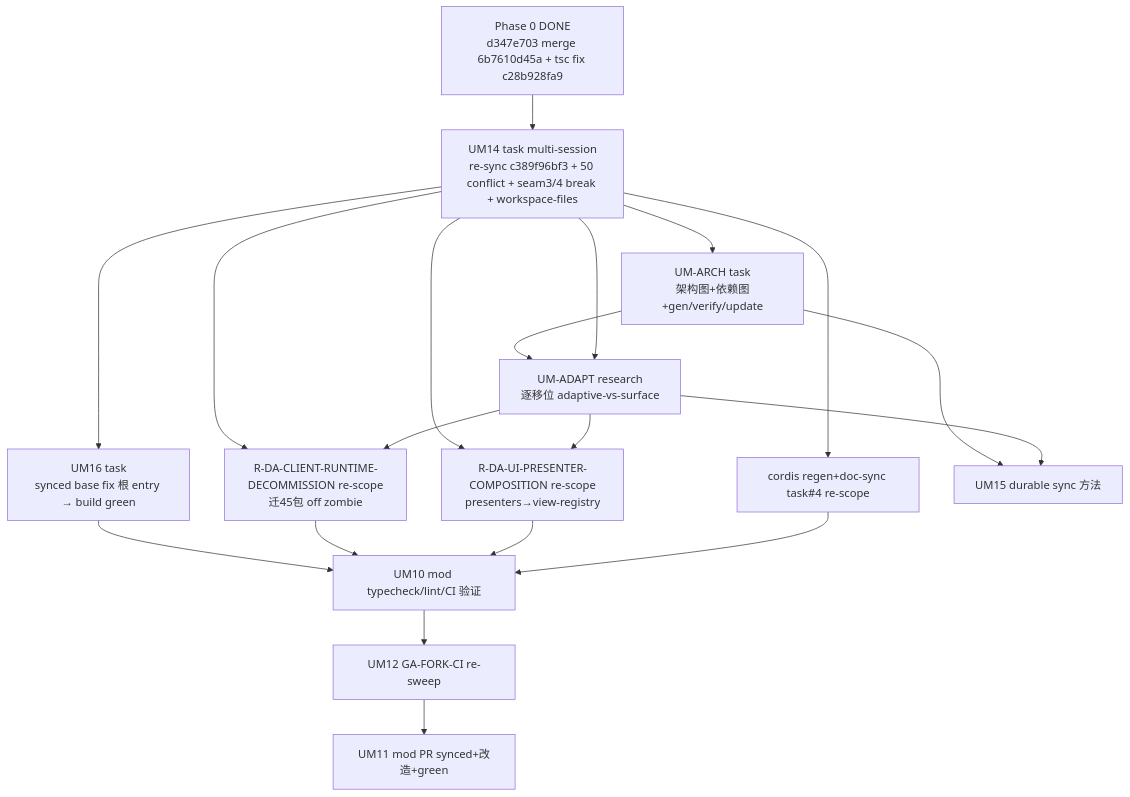
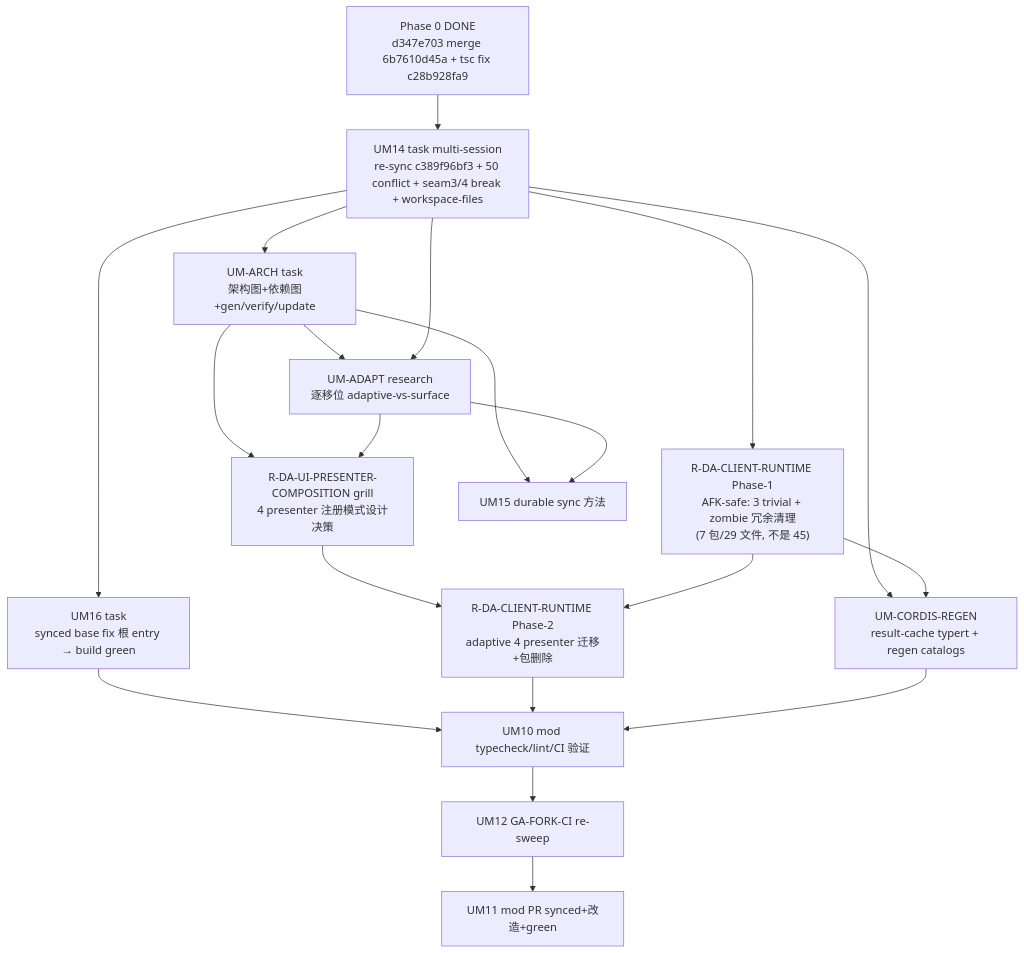
The first of 3 diagrams in wayfinder/data-agent/tickets/phase-upstream-merge/UM-flow-2026-09-08.md (McKenzieIT/deepseek-harness-da), drawn with Mermaid before and after one commit. The commit also changed other lines of this file and 4 other files, not shown here.

````diff
--- a/wayfinder/data-agent/tickets/phase-upstream-merge/UM-flow-2026-09-08.md
+++ b/wayfinder/data-agent/tickets/phase-upstream-merge/UM-flow-2026-09-08.md
@@ -17,30 +17,33 @@
 ```mermaid
 flowchart TB
     P0["Phase 0 DONE<br/>d347e703 merge 6b7610d45a + tsc fix c28b928fa9"]
     UM14["UM14 task multi-session<br/>re-sync c389f96bf3 + 50 conflict + seam3/4 break + workspace-files"]
     UM16["UM16 task<br/>synced base fix 根 entry → build green"]
     UMARCH["UM-ARCH task<br/>架构图+依赖图+gen/verify/update"]
     UMADAPT["UM-ADAPT research<br/>逐移位 adaptive-vs-surface"]
-    RDA1["R-DA-CLIENT-RUNTIME-DECOMMISSION re-scope<br/>迁45包 off zombie"]
-    RDA2["R-DA-UI-PRESENTER-COMPOSITION re-scope<br/>presenters→view-registry"]
-    CORDIS["cordis regen+doc-sync task#4 re-scope"]
+    RDA1P1["R-DA-CLIENT-RUNTIME Phase-1<br/>AFK-safe: 3 trivial + zombie 冗余清理<br/>(7 包/29 文件, 不是 45)"]
+    RDA1P2["R-DA-CLIENT-RUNTIME Phase-2<br/>adaptive 4 presenter 迁移+包删除"]
+    RDA2["R-DA-UI-PRESENTER-COMPOSITION grill<br/>4 presenter 注册模式设计决策"]
+    CORDIS["UM-CORDIS-REGEN<br/>result-cache typert + regen catalogs"]
     UM10["UM10 mod typecheck/lint/CI 验证"]
     UM12["UM12 GA-FORK-CI re-sweep"]
     UM11["UM11 mod PR synced+改造+green"]
     UM15["UM15 durable sync 方法"]
     P0 --> UM14
     UM14 --> UM16
     UM14 --> UMARCH
     UMARCH --> UMADAPT
     UM14 --> UMADAPT
-    UM14 --> RDA1
-    UMADAPT --> RDA1
-    UM14 --> RDA2
+    UM14 --> RDA1P1
+    UM14 --> CORDIS
+    RDA1P1 --> CORDIS
+    UMARCH --> RDA2
     UMADAPT --> RDA2
-    UM14 --> CORDIS
-    UM16 & RDA1 & RDA2 & CORDIS --> UM10
+    RDA2 --> RDA1P2
+    RDA1P1 --> RDA1P2
+    UM16 & RDA1P2 & CORDIS --> UM10
     UM10 --> UM12
     UM12 --> UM11
     UMARCH --> UM15
     UMADAPT --> UM15
 ```
````
